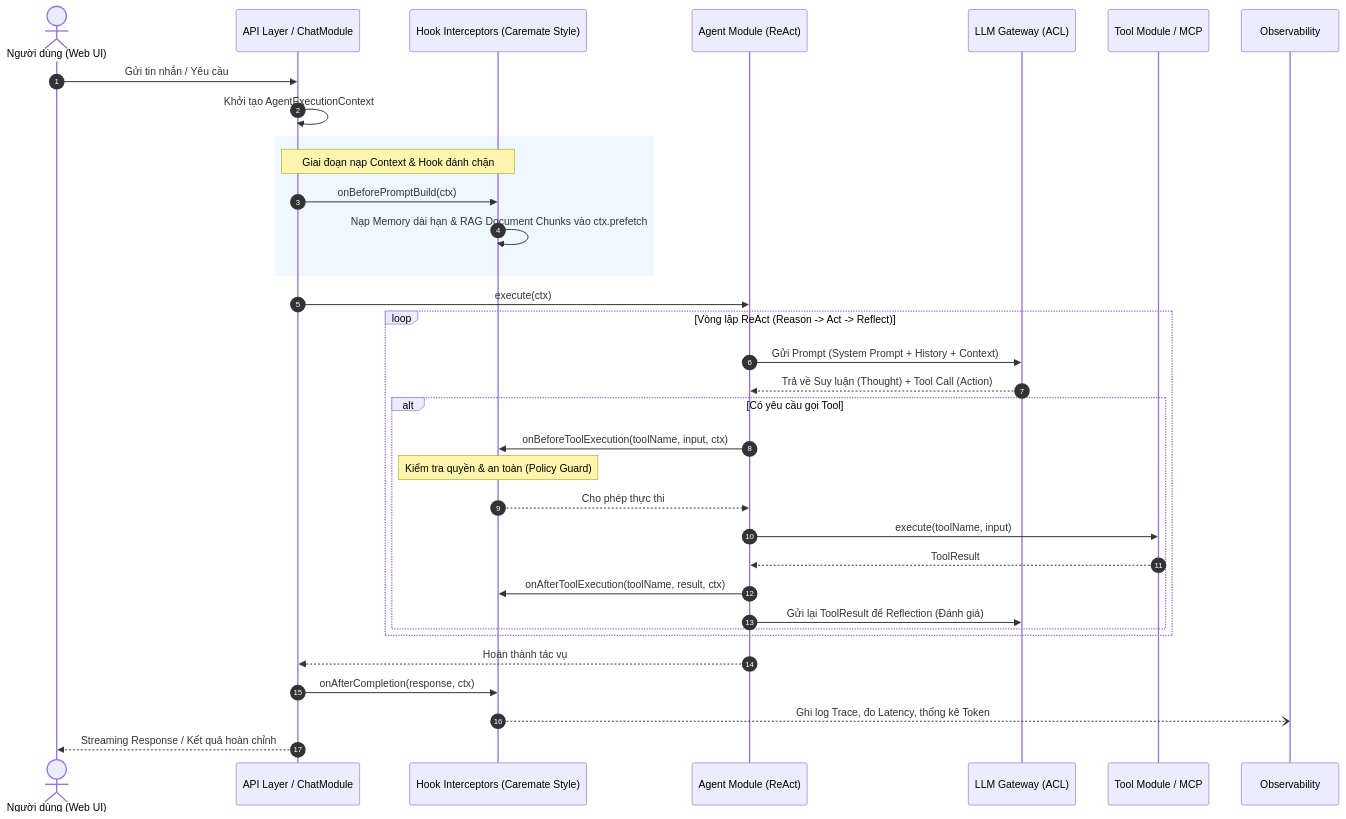
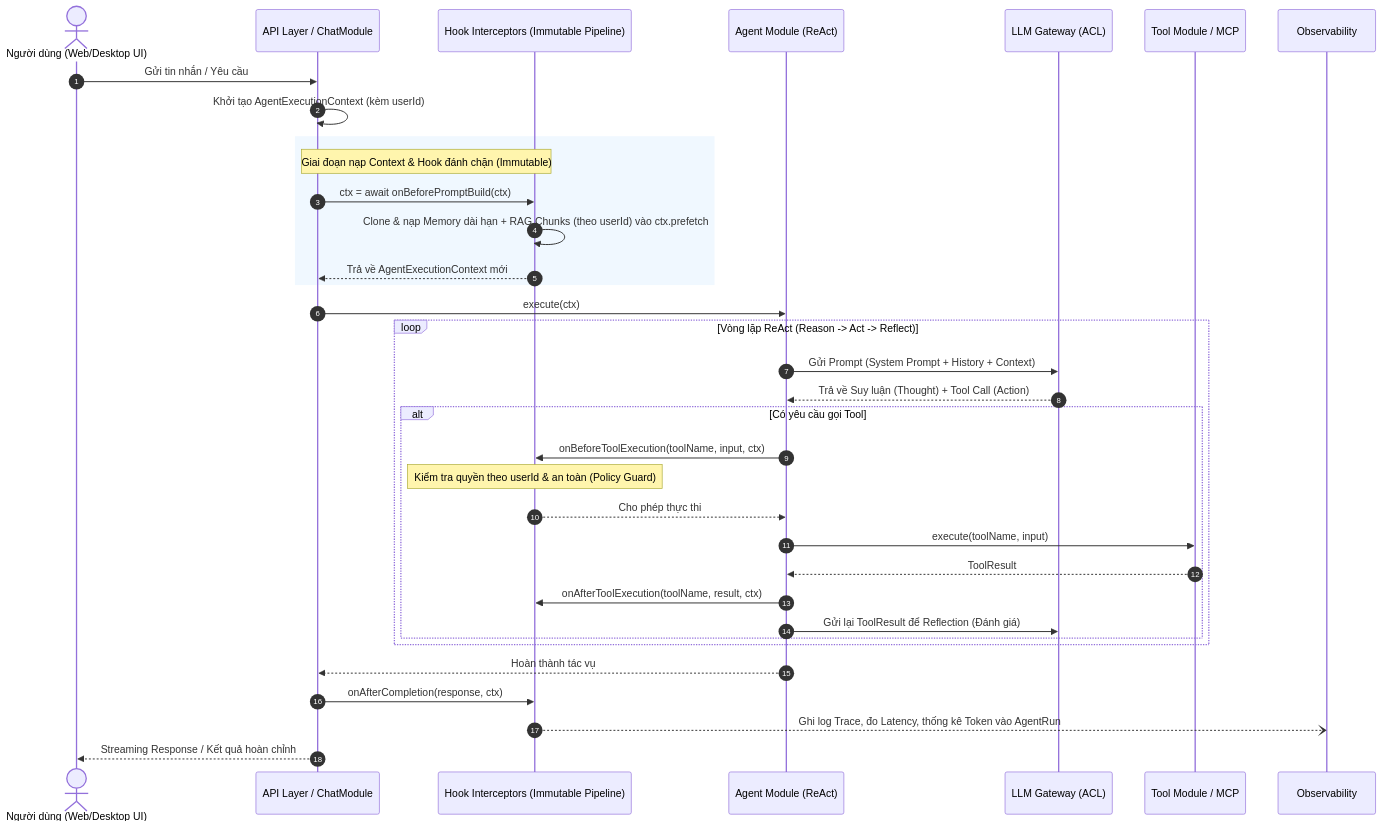
One commit to thaoakatim/AIOS changed the third of 3 diagrams in docs/architecture.md. Above: the diagram before and after it, drawn with Mermaid. The commit also changed other lines of this file and 4 other files, not shown here.

First line of the commit message:
feat: Update task list and add architecture plan for Web, Desktop, and Local Companion

````diff
--- a/docs/architecture.md
+++ b/docs/architecture.md
@@ -213,44 +244,45 @@
 ```mermaid
 sequenceDiagram
     autonumber
-    actor User as Người dùng (Web UI)
+    actor User as Người dùng (Web/Desktop UI)
     participant API as API Layer / ChatModule
-    participant Hook as Hook Interceptors (Caremate Style)
+    participant Hook as Hook Interceptors (Immutable Pipeline)
     participant Agent as Agent Module (ReAct)
     participant LLM as LLM Gateway (ACL)
     participant Tool as Tool Module / MCP
     participant OBS as Observability
 
     User->>API: Gửi tin nhắn / Yêu cầu
-    API->>API: Khởi tạo AgentExecutionContext
+    API->>API: Khởi tạo AgentExecutionContext (kèm userId)
 
     rect rgb(240, 248, 255)
-    Note over API,Hook: Giai đoạn nạp Context & Hook đánh chặn
-    API->>Hook: onBeforePromptBuild(ctx)
-    Hook->>Hook: Nạp Memory dài hạn & RAG Document Chunks vào ctx.prefetch
+    Note over API,Hook: Giai đoạn nạp Context & Hook đánh chặn (Immutable)
+    API->>Hook: ctx = await onBeforePromptBuild(ctx)
+    Hook->>Hook: Clone & nạp Memory dài hạn + RAG Chunks (theo userId) vào ctx.prefetch
+    Hook-->>API: Trả về AgentExecutionContext mới
     end
 
     API->>Agent: execute(ctx)
 
     loop Vòng lặp ReAct (Reason -> Act -> Reflect)
         Agent->>LLM: Gửi Prompt (System Prompt + History + Context)
         LLM-->>Agent: Trả về Suy luận (Thought) + Tool Call (Action)
 
         alt Có yêu cầu gọi Tool
             Agent->>Hook: onBeforeToolExecution(toolName, input, ctx)
-            Note over Hook: Kiểm tra quyền & an toàn (Policy Guard)
+            Note over Hook: Kiểm tra quyền theo userId & an toàn (Policy Guard)
             Hook-->>Agent: Cho phép thực thi
 
             Agent->>Tool: execute(toolName, input)
             Tool-->>Agent: ToolResult
 
             Agent->>Hook: onAfterToolExecution(toolName, result, ctx)
             Agent->>LLM: Gửi lại ToolResult để Reflection (Đánh giá)
         end
     end
 
     Agent-->>API: Hoàn thành tác vụ
     API->>Hook: onAfterCompletion(response, ctx)
-    Hook--)OBS: Ghi log Trace, đo Latency, thống kê Token
+    Hook--)OBS: Ghi log Trace, đo Latency, thống kê Token vào AgentRun
     API-->>User: Streaming Response / Kết quả hoàn chỉnh
 ```
````
